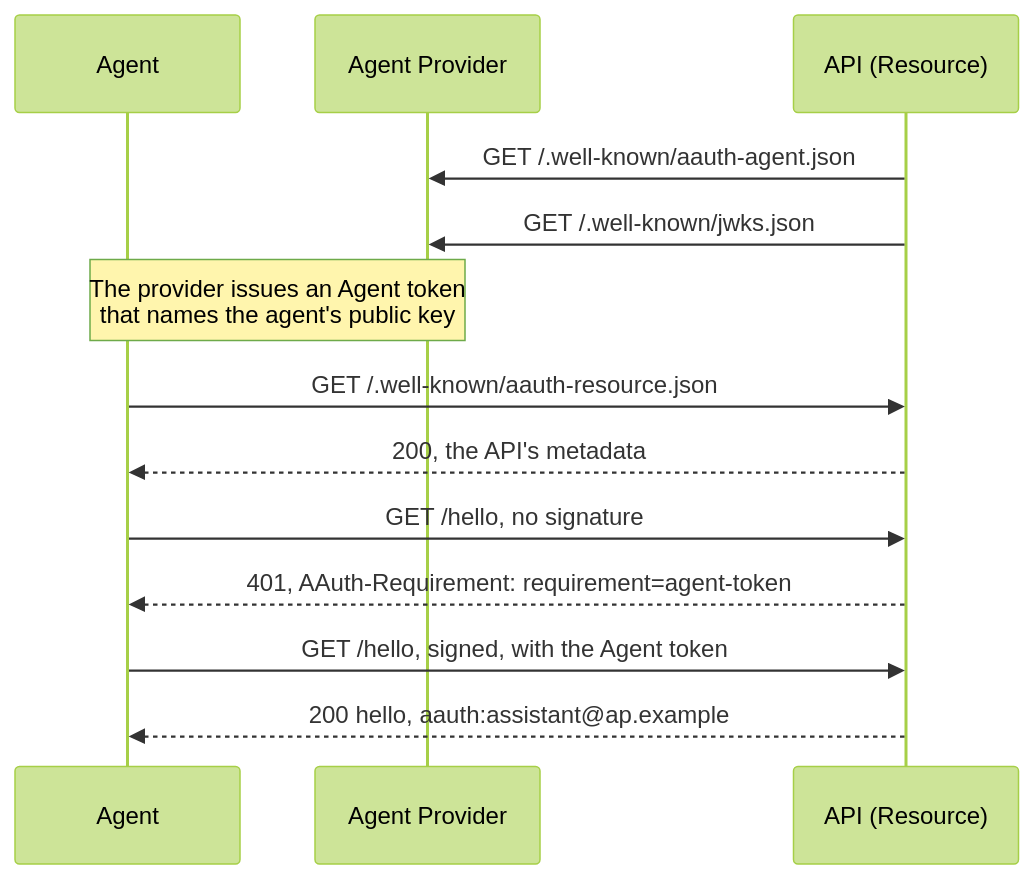
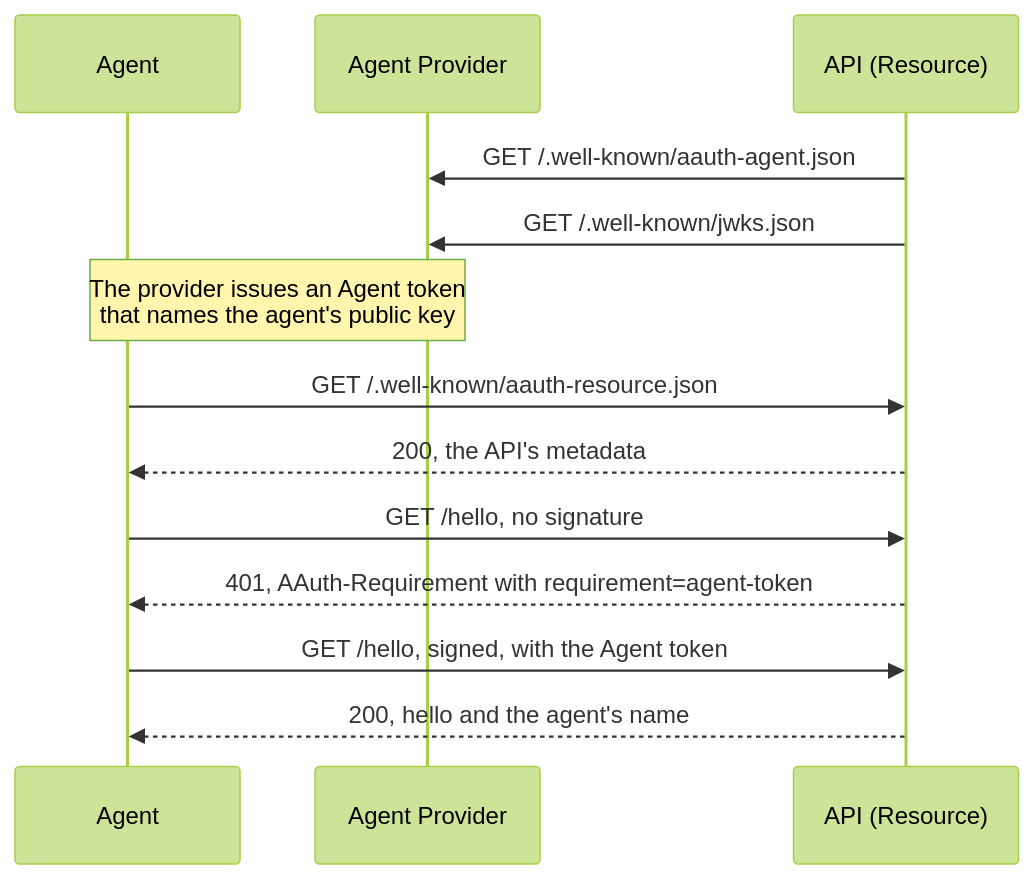
Before and after one commit to sidecat-dev/aauth-rust: the diagram in docs/getting-started.md, drawn with Mermaid (forest theme). The commit also changed 14 other files, not shown here.

First line of the commit message:
docs: make every mermaid diagram render on GitLab

````diff
--- a/docs/getting-started.md
+++ b/docs/getting-started.md
@@ -64,15 +64,15 @@
 ```mermaid
 sequenceDiagram
     participant Agent
     participant AP as Agent Provider
     participant API as API (Resource)
-    API->>AP: GET /.well-known/aauth-agent.json
-    API->>AP: GET /.well-known/jwks.json
-    Note over Agent,AP: The provider issues an Agent token<br/>that names the agent's public key
-    Agent->>API: GET /.well-known/aauth-resource.json
-    API-->>Agent: 200, the API's metadata
-    Agent->>API: GET /hello, no signature
-    API-->>Agent: 401, AAuth-Requirement: requirement=agent-token
-    Agent->>API: GET /hello, signed, with the Agent token
-    API-->>Agent: 200 hello, aauth:assistant@ap.example
+    API->>AP : GET /.well-known/aauth-agent.json
+    API->>AP : GET /.well-known/jwks.json
+    Note over Agent,AP : The provider issues an Agent token<br/>that names the agent's public key
+    Agent->>API : GET /.well-known/aauth-resource.json
+    API-->>Agent : 200, the API's metadata
+    Agent->>API : GET /hello, no signature
+    API-->>Agent : 401, AAuth-Requirement with requirement=agent-token
+    Agent->>API : GET /hello, signed, with the Agent token
+    API-->>Agent : 200, hello and the agent's name
 ```
````
